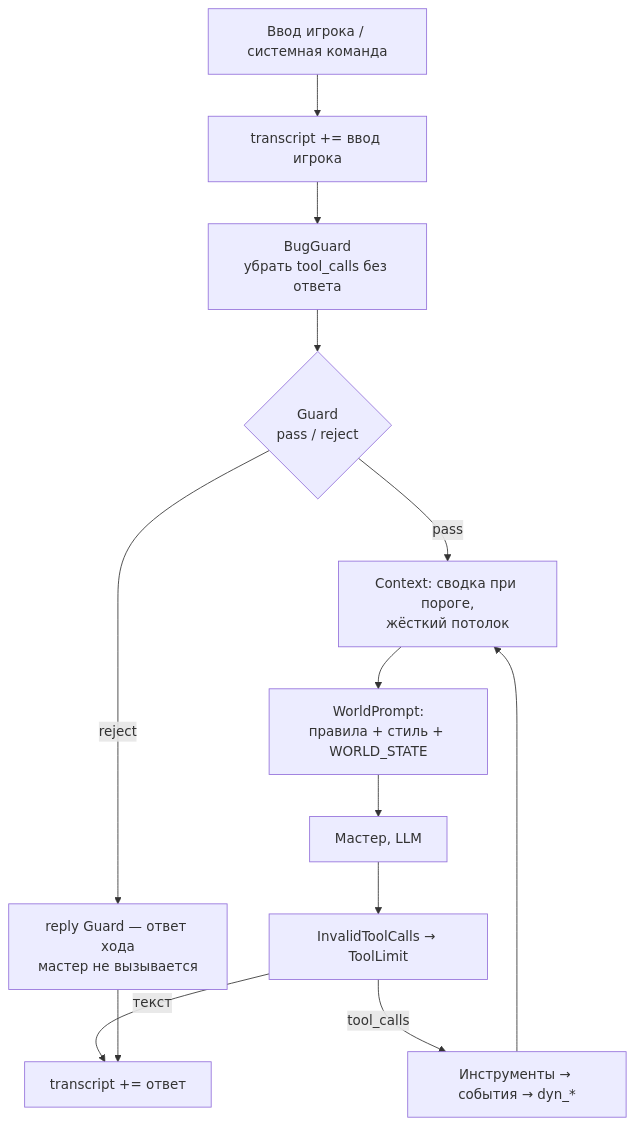
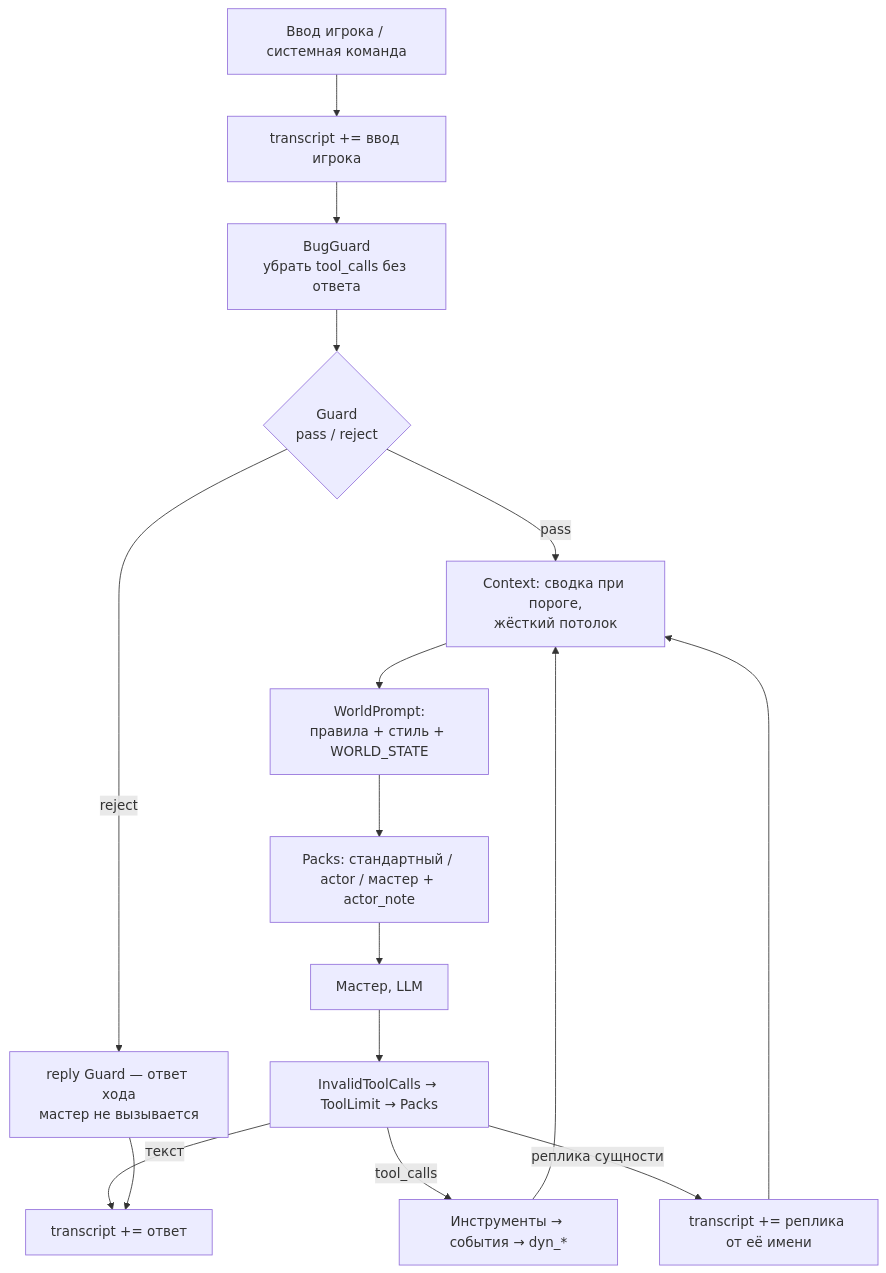
The first of 2 diagrams in docs/architecture/agent.md (Bataevk/QuipQuill), drawn with Mermaid before and after one commit. The commit also changed other lines of this file and 16 other files, not shown here.

````diff
--- a/docs/architecture/agent.md
+++ b/docs/architecture/agent.md
@@ -7,15 +7,19 @@
 ```mermaid
 graph TD
   IN[Ввод игрока / системная команда] --> TRI[transcript += ввод игрока]
   TRI --> BG[BugGuard<br/>убрать tool_calls без ответа]
   BG --> GU{Guard<br/>pass / reject}
   GU -->|reject| RJ[reply Guard — ответ хода<br/>мастер не вызывается]
   GU -->|pass| CM[Context: сводка при пороге,<br/>жёсткий потолок]
   CM --> DP[WorldPrompt:<br/>правила + стиль + WORLD_STATE]
-  DP --> GM[Мастер, LLM]
-  GM --> AM[InvalidToolCalls → ToolLimit]
+  GM[Мастер, LLM]
+  DP --> PK[Packs: стандартный / actor / мастер + actor_note]
+  PK --> GM
+  GM --> AM[InvalidToolCalls → ToolLimit → Packs]
   AM -->|tool_calls| TL[Инструменты → события → dyn_*]
   TL --> CM
+  AM -->|реплика сущности| LN[transcript += реплика от её имени]
+  LN --> CM
   AM -->|текст| OUT[transcript += ответ]
   RJ --> OUT
 ```
````
